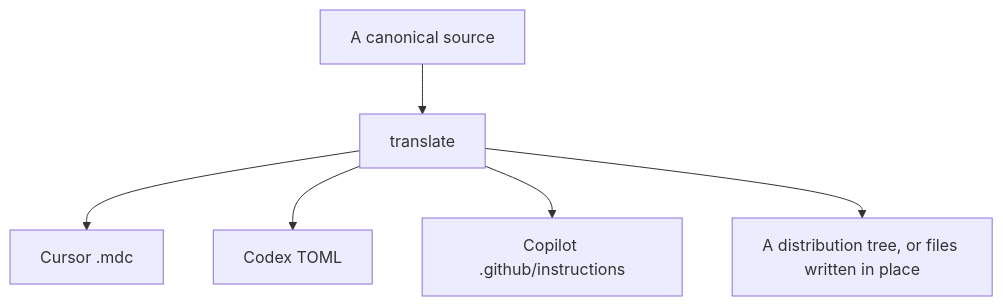
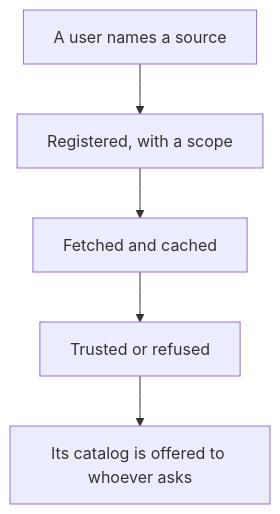
One commit to ai-driven-dev/aidd-framework changed the first of 2 diagrams in cli/aidd_docs/tasks/2026_08/2026_08_20_refactor-contextes-cli/phase-11.md. Above: the diagram before and after it, drawn with Mermaid. The commit also changed other lines of this file and 17 other files, not shown here.

````diff
--- a/cli/aidd_docs/tasks/2026_08/2026_08_20_refactor-contextes-cli/phase-11.md
+++ b/cli/aidd_docs/tasks/2026_08/2026_08_20_refactor-contextes-cli/phase-11.md
@@ -35,8 +35,7 @@
 ```mermaid
 flowchart TD
-  A[A canonical source] --> B[translate]
-  B --> C[Cursor .mdc]
-  B --> D[Codex TOML]
-  B --> E[Copilot .github/instructions]
-  B --> F[A distribution tree, or files written in place]
+  A[A user names a source] --> B[Registered, with a scope]
+  B --> C[Fetched and cached]
+  C --> D[Trusted or refused]
+  D --> E[Its catalog is offered to whoever asks]
 ```
````
